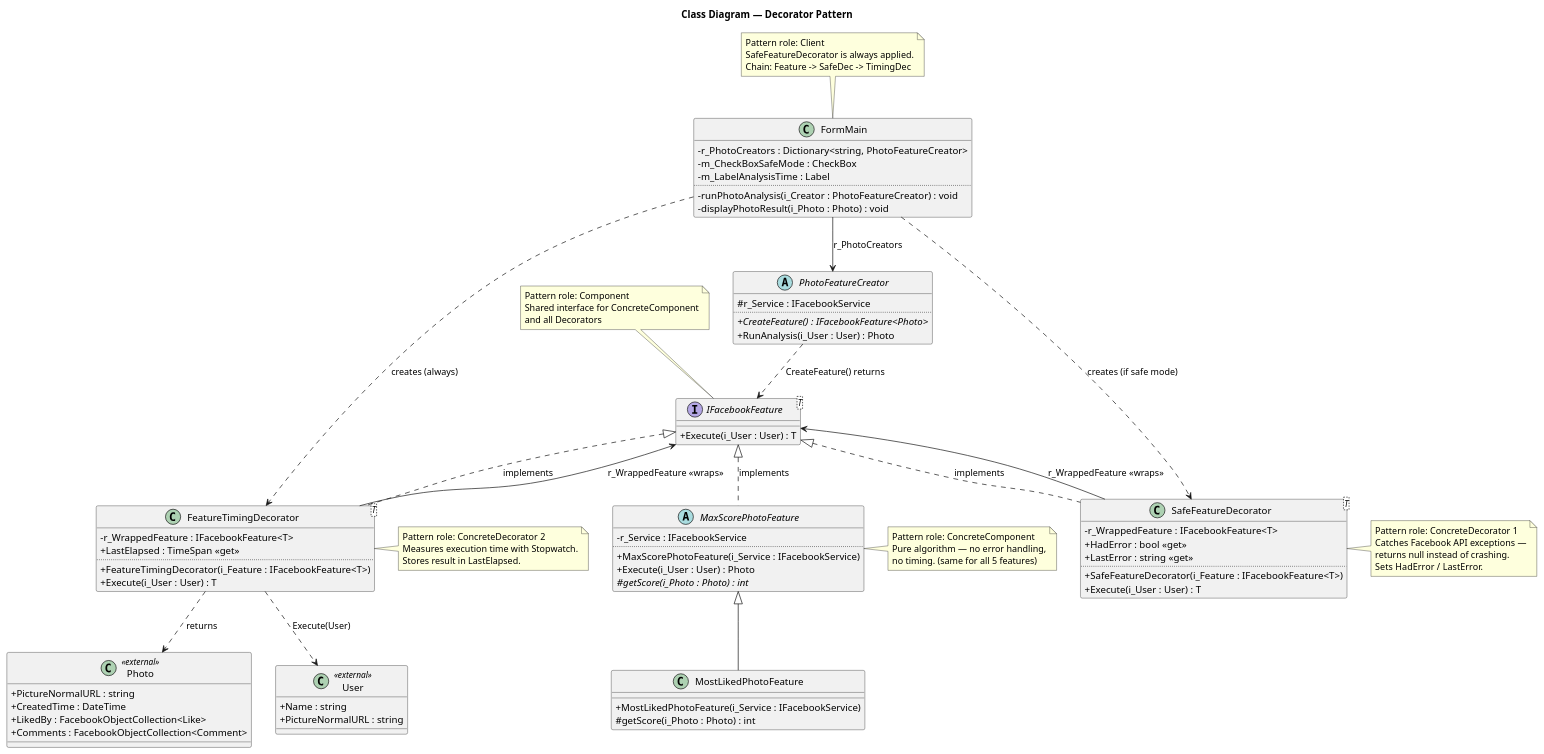
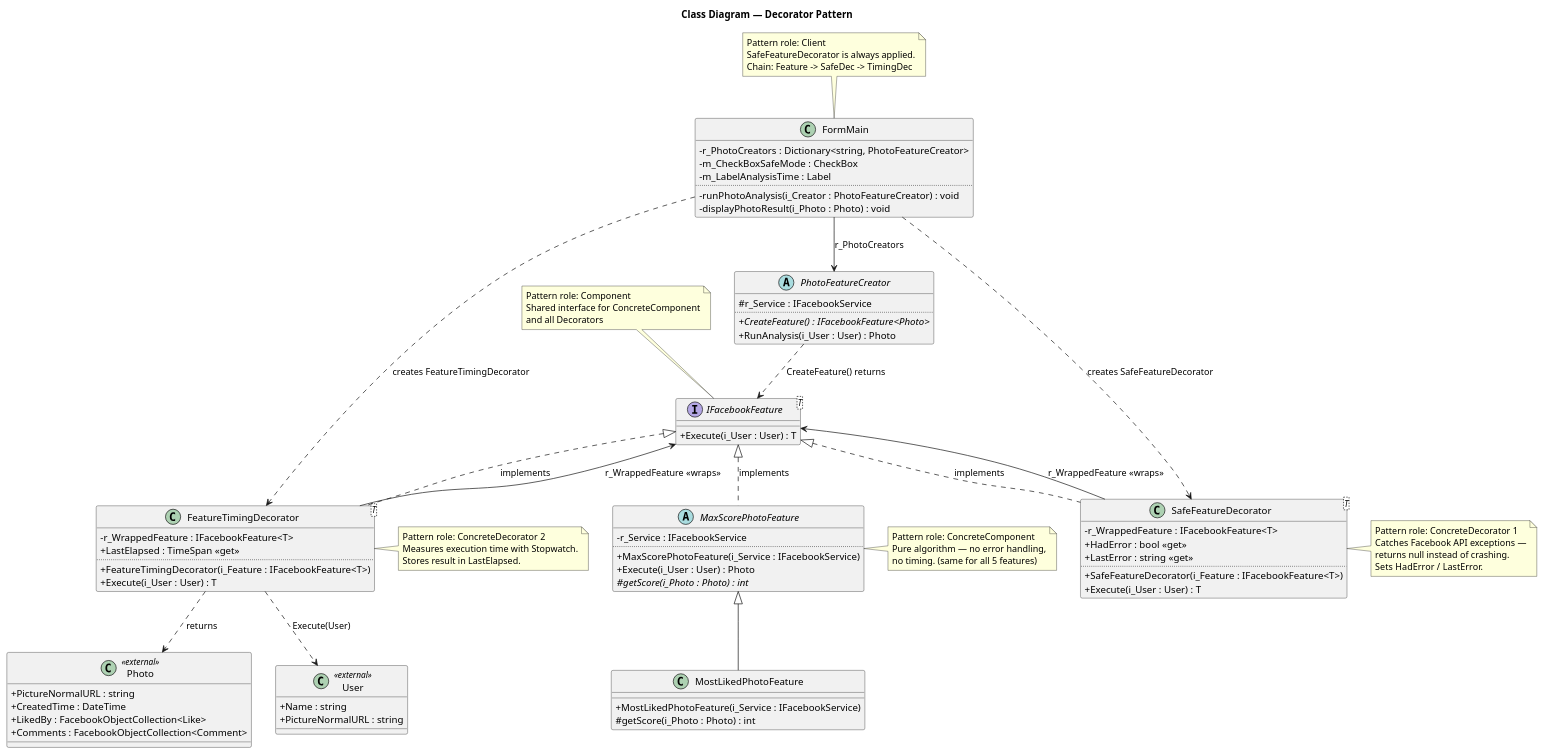
Before and after one commit to LotemKimchi/Application-Programming-Using-Design-Patterns: the diagram in Project3/B26 Ex03 LotemKimchi 318173481 ShaniSalomon 208573683 NEW/uml/Decorator_ClassDiagram.puml, drawn with PlantUML.

Commit message:
Fix Decorator CD: remove if-safe-mode wording from creates arrows

```diff
--- a/Project3/B26 Ex03 LotemKimchi 318173481 ShaniSalomon 208573683 NEW/uml/Decorator_ClassDiagram.puml
+++ b/Project3/B26 Ex03 LotemKimchi 318173481 ShaniSalomon 208573683 NEW/uml/Decorator_ClassDiagram.puml
@@ -1,110 +1,110 @@
 @startuml
 title Class Diagram — Decorator Pattern
 
 skinparam classAttributeIconSize 0
 top to bottom direction
 
 interface "IFacebookFeature<T>" as IFeat {
     + Execute(i_User : User) : T
 }
 note top of IFeat
   Pattern role: Component
   Shared interface for ConcreteComponent
   and all Decorators
 end note
 
 abstract class MaxScorePhotoFeature {
     - r_Service : IFacebookService
     ..
     + MaxScorePhotoFeature(i_Service : IFacebookService)
     + Execute(i_User : User) : Photo
     # {abstract} getScore(i_Photo : Photo) : int
 }
 note right of MaxScorePhotoFeature
   Pattern role: ConcreteComponent
   Pure algorithm — no error handling,
   no timing. (same for all 5 features)
 end note
 
 class MostLikedPhotoFeature {
     + MostLikedPhotoFeature(i_Service : IFacebookService)
     # getScore(i_Photo : Photo) : int
 }
 
 class "SafeFeatureDecorator<T>" as SafeDec {
     - r_WrappedFeature : IFacebookFeature<T>
     + HadError : bool <<get>>
     + LastError : string <<get>>
     ..
     + SafeFeatureDecorator(i_Feature : IFacebookFeature<T>)
     + Execute(i_User : User) : T
 }
 note right of SafeDec
   Pattern role: ConcreteDecorator 1
   Catches Facebook API exceptions —
   returns null instead of crashing.
   Sets HadError / LastError.
 end note
 
 class "FeatureTimingDecorator<T>" as TimeDec {
     - r_WrappedFeature : IFacebookFeature<T>
     + LastElapsed : TimeSpan <<get>>
     ..
     + FeatureTimingDecorator(i_Feature : IFacebookFeature<T>)
     + Execute(i_User : User) : T
 }
 note right of TimeDec
   Pattern role: ConcreteDecorator 2
   Measures execution time with Stopwatch.
   Stores result in LastElapsed.
 end note
 
 class FormMain {
     - r_PhotoCreators : Dictionary<string, PhotoFeatureCreator>
     - m_CheckBoxSafeMode : CheckBox
     - m_LabelAnalysisTime : Label
     ..
     - runPhotoAnalysis(i_Creator : PhotoFeatureCreator) : void
     - displayPhotoResult(i_Photo : Photo) : void
 }
 note top of FormMain
   Pattern role: Client
   SafeFeatureDecorator is always applied.
   Chain: Feature -> SafeDec -> TimingDec
 end note
 
 abstract class PhotoFeatureCreator {
     # r_Service : IFacebookService
     ..
     + {abstract} CreateFeature() : IFacebookFeature<Photo>
     + RunAnalysis(i_User : User) : Photo
 }
 
 class User <<external>> {
     + Name : string
     + PictureNormalURL : string
 }
 
 class Photo <<external>> {
     + PictureNormalURL : string
     + CreatedTime : DateTime
     + LikedBy : FacebookObjectCollection<Like>
     + Comments : FacebookObjectCollection<Comment>
 }
 
 IFeat <|.. MaxScorePhotoFeature : implements
 IFeat <|.. SafeDec : implements
 IFeat <|.. TimeDec : implements
 MaxScorePhotoFeature <|-- MostLikedPhotoFeature
 
 SafeDec --> IFeat : r_WrappedFeature <<wraps>>
 TimeDec --> IFeat : r_WrappedFeature <<wraps>>
 
 FormMain --> PhotoFeatureCreator : r_PhotoCreators
 PhotoFeatureCreator ..> IFeat : CreateFeature() returns
-FormMain ..> SafeDec : creates (if safe mode)
-FormMain ..> TimeDec : creates (always)
+FormMain ..> SafeDec : creates SafeFeatureDecorator
+FormMain ..> TimeDec : creates FeatureTimingDecorator
 TimeDec ..> User : Execute(User)
 TimeDec ..> Photo : returns
 
 @enduml
```
